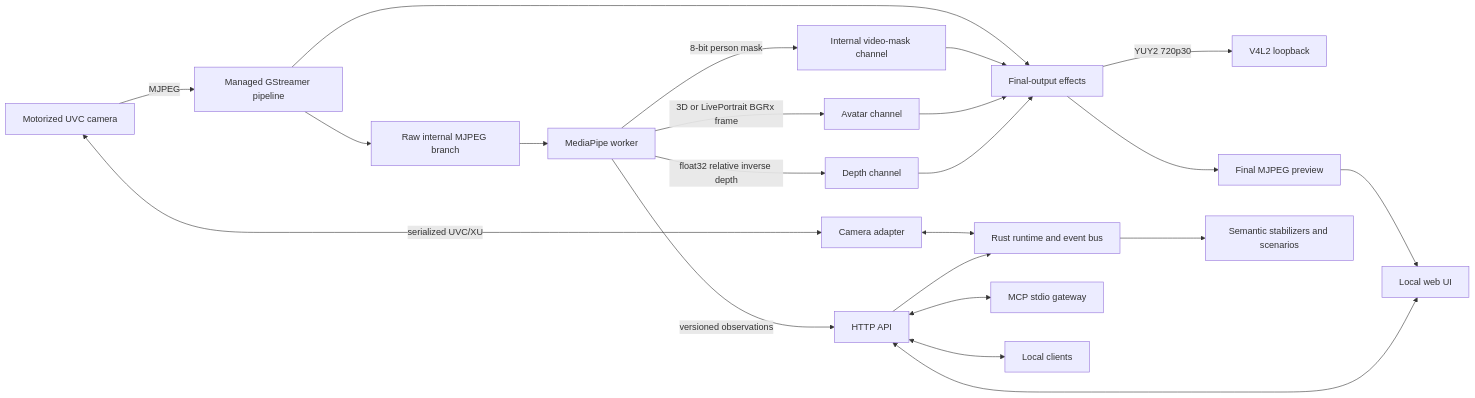
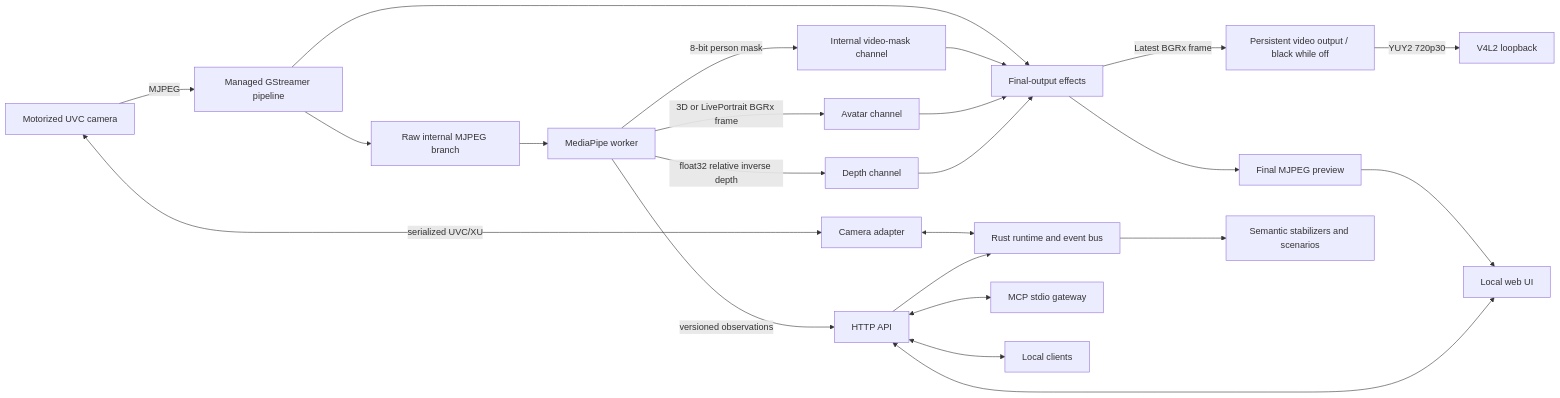
The diagram in README.md (dguerizec/tarsier), drawn with Mermaid before and after one commit. The commit also changed other lines of this file and 2 other files, not shown here.

First line of the commit message:
fix(media): keep virtual outputs connected during camera power off

````diff
--- a/README.md
+++ b/README.md
@@ -96,26 +96,27 @@
 ```mermaid
 flowchart LR
     Camera[Motorized UVC camera] -->|MJPEG| Pipeline[Managed GStreamer pipeline]
     Camera <-->|serialized UVC/XU| Adapter[Camera adapter]
 
     Pipeline --> RawPreview[Raw internal MJPEG branch]
     RawPreview --> Worker[MediaPipe worker]
     Worker -->|8-bit person mask| Mask[Internal video-mask channel]
     Worker -->|3D or LivePortrait BGRx frame| Avatar[Avatar channel]
     Worker -->|float32 relative inverse depth| Depth[Depth channel]
     Pipeline --> Effects[Final-output effects]
     Mask --> Effects
     Avatar --> Effects
     Depth --> Effects
-    Effects -->|YUY2 720p30| Loopback[V4L2 loopback]
+    Effects -->|Latest BGRx frame| VirtualOutput[Persistent video output / black while off]
+    VirtualOutput -->|YUY2 720p30| Loopback[V4L2 loopback]
     Effects --> Preview[Final MJPEG preview]
     Preview --> UI[Local web UI]
 
     Adapter <--> Core[Rust runtime and event bus]
     Worker -->|versioned observations| API[HTTP API]
     API --> Core
     Core --> Scenarios[Semantic stabilizers and scenarios]
     API <--> UI
     API <--> MCP[MCP stdio gateway]
     API <--> Clients[Local clients]
 ```
````
